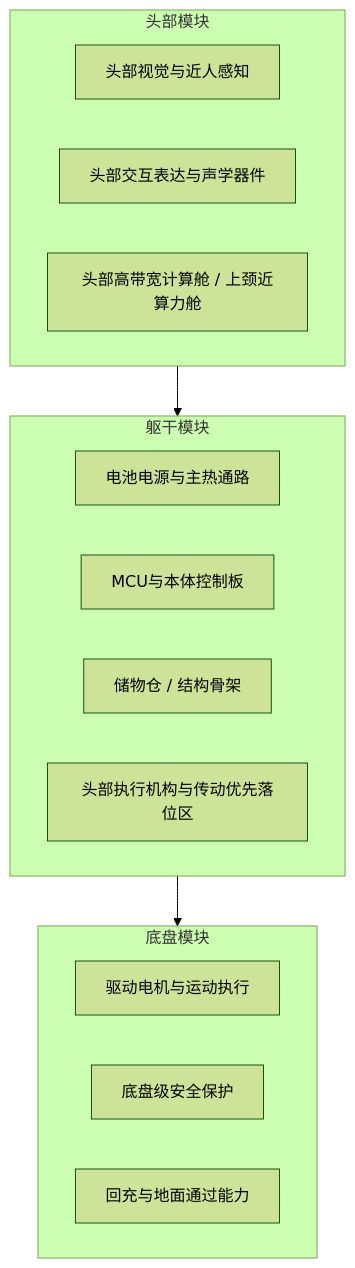
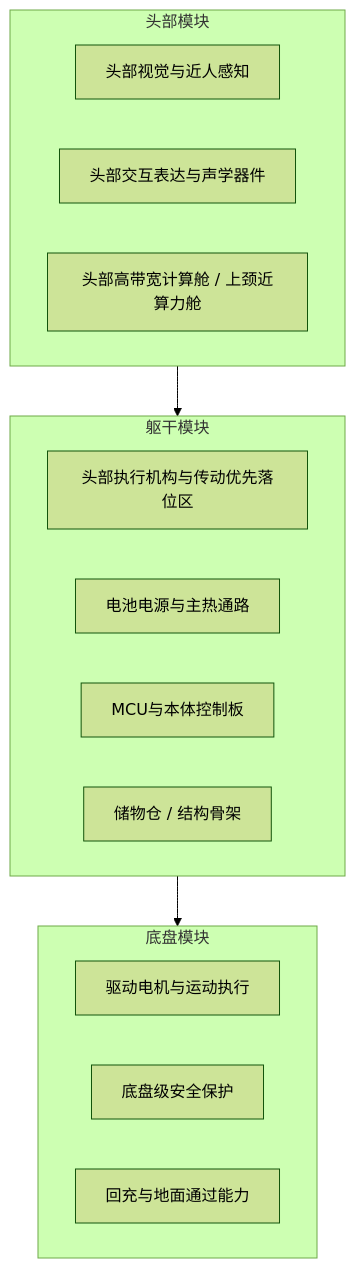
One commit to hlm12348765/Kinbot_OODA changed the third of 6 diagrams in docs/02_p1_architecture/02_pdcp_system_architecture_review_package.md. Above: the diagram before and after it, drawn with Mermaid (forest theme). The commit also changed other lines of this file and 3 other files, not shown here.

Commit message:
docs: absorb review inputs into architecture baseline

````diff
--- a/docs/02_p1_architecture/02_pdcp_system_architecture_review_package.md
+++ b/docs/02_p1_architecture/02_pdcp_system_architecture_review_package.md
@@ -191,23 +212,23 @@
 ```mermaid
 flowchart TB
     subgraph HEAD[头部模块]
         H1[头部视觉与近人感知]
         H2[头部交互表达与声学器件]
         H3[头部高带宽计算舱 / 上颈近算力舱]
     end
 
     subgraph TORSO[躯干模块]
-        T1[电池电源与主热通路]
-        T2[MCU与本体控制板]
-        T3[储物仓 / 结构骨架]
-        T4[头部执行机构与传动优先落位区]
+        T1[头部执行机构与传动优先落位区]
+        T2[电池电源与主热通路]
+        T3[MCU与本体控制板]
+        T4[储物仓 / 结构骨架]
     end
 
     subgraph CHASSIS[底盘模块]
         C1[驱动电机与运动执行]
         C2[底盘级安全保护]
         C3[回充与地面通过能力]
     end
 
     HEAD --> TORSO --> CHASSIS
 ```
````
